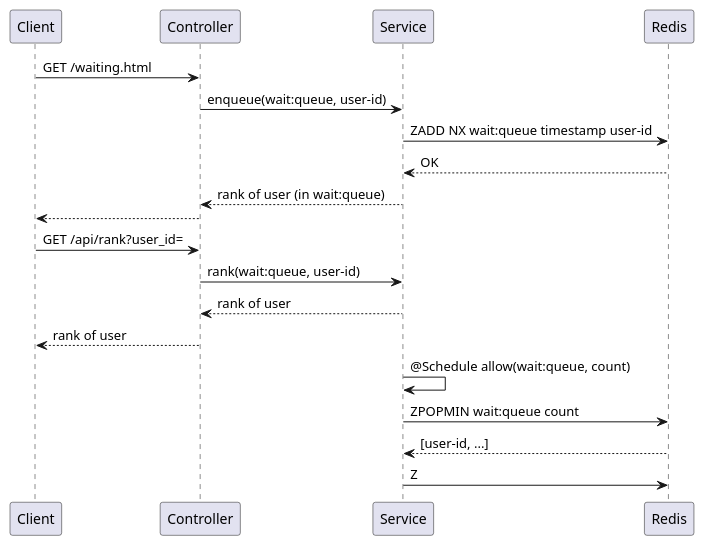
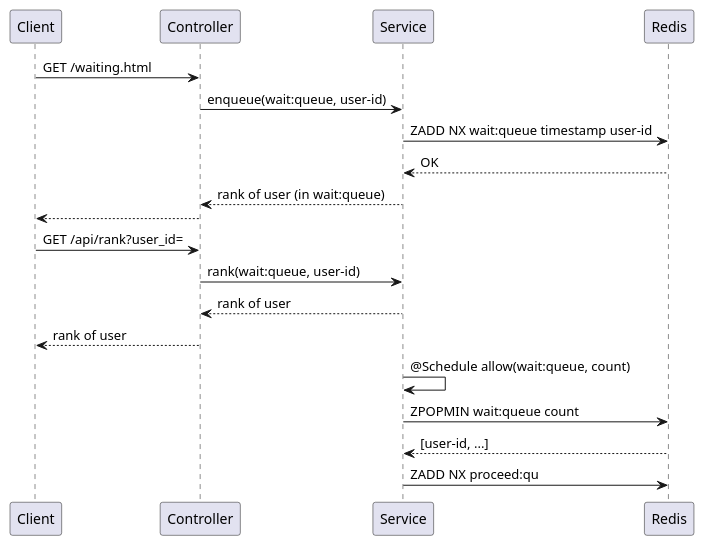
One commit to yanghoon/obsidian-workspace changed the diagram in _diary/2024-06-08.md. Above: the diagram before and after it, drawn with PlantUML.

Commit message:
vault backup: 2024-06-08 14:20:40

````diff
--- a/_diary/2024-06-08.md
+++ b/_diary/2024-06-08.md
@@ -5,18 +5,18 @@
 ```plantuml
 Client -> Controller: GET /waiting.html
 Controller -> Service: enqueue(wait:queue, user-id)
 Service -> Redis: ZADD NX wait:queue timestamp user-id
 Service <-- Redis: OK
 Controller <-- Service: rank of user (in wait:queue)
 Client <-- Controller
 
 Client -> Controller: GET /api/rank?user_id=
 Controller -> Service: rank(wait:queue, user-id)
 Controller <-- Service: rank of user
 Client <-- Controller: rank of user
 
 Service -> Service: @Schedule allow(wait:queue, count)
 Service -> Redis: ZPOPMIN wait:queue count
 Service <-- Redis: [user-id, ...]
-Service -> Redis: Z
+Service -> Redis: ZADD NX proceed:qu
 ```
````
